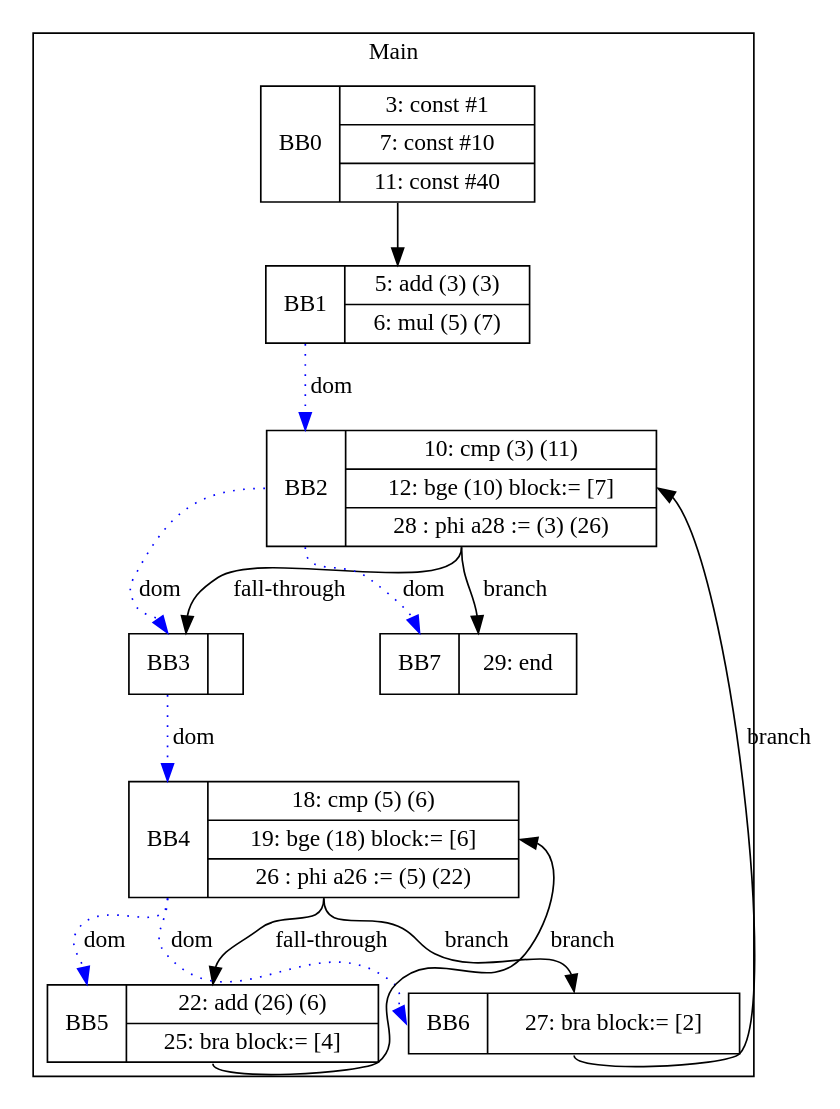
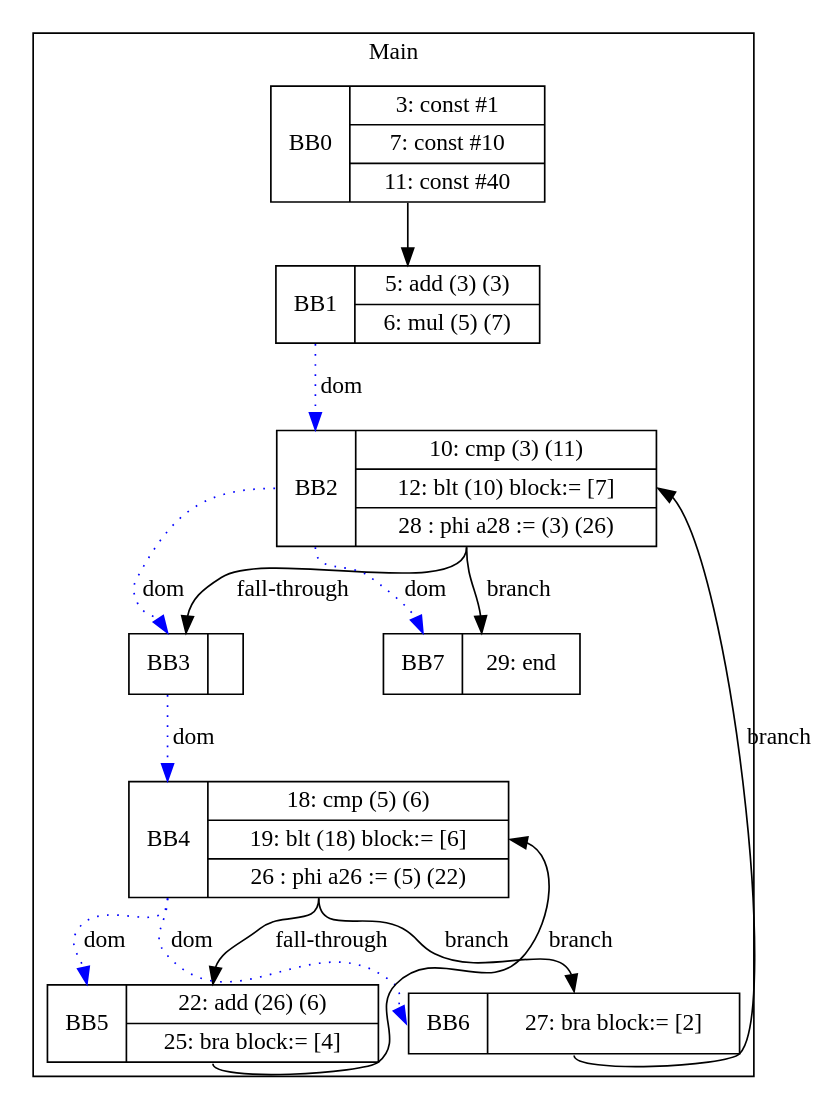
One commit to zjc664656505/UCI-CS241-Advanced-Compiler-main changed the diagram in visualization/Hongyu/while/test2.gv. Above: the diagram before and after it, drawn with Graphviz. The commit also changed 46 other files, not shown here.

```diff
--- a/visualization/Hongyu/while/test2.gv
+++ b/visualization/Hongyu/while/test2.gv
@@ -1,27 +1,27 @@
 digraph G {
 node [shape=record];
 subgraph cluster_main{
 label = "Main";
 BB0 [shape=record, label="<b>BB0|{3: const #1|7: const #10|11: const #40}"];
 BB1 [shape=record, label="<b>BB1|{5: add (3) (3)|6: mul (5) (7)}"];
-BB2 [shape=record, label="<b>BB2|{10: cmp (3) (11)|12: bge (10) block:= [7]|28 : phi a28 := (3) (26)}"];
+BB2 [shape=record, label="<b>BB2|{10: cmp (3) (11)|12: blt (10) block:= [7]|28 : phi a28 := (3) (26)}"];
 BB3 [shape=record, label="<b>BB3|}"];
-BB4 [shape=record, label="<b>BB4|{18: cmp (5) (6)|19: bge (18) block:= [6]|26 : phi a26 := (5) (22)}"];
+BB4 [shape=record, label="<b>BB4|{18: cmp (5) (6)|19: blt (18) block:= [6]|26 : phi a26 := (5) (22)}"];
 BB5 [shape=record, label="<b>BB5|{22: add (26) (6)|25: bra block:= [4]}"];
 BB6 [shape=record, label="<b>BB6|{27: bra block:= [2]}"];
 BB7 [shape=record, label="<b>BB7|{29: end}"];
 }
 BB0:s -> BB1:n ;
 BB1:b -> BB2:b [color=blue, style=dotted, label="dom"];
 BB3:b -> BB4:b [color=blue, style=dotted, label="dom"];
 BB2:b -> BB7:b [color=blue, style=dotted, label="dom"];
 BB4:b -> BB6:b [color=blue, style=dotted, label="dom"];
 BB2:b -> BB3:b [color=blue, style=dotted, label="dom"];
 BB4:b -> BB5:b [color=blue, style=dotted, label="dom"];
 BB4:s -> BB6:n [label="branch"];
 BB2:s -> BB7:n [label="branch"];
 BB6:s -> BB2:e [label="branch"];
 BB5:s -> BB4:e [label="branch"];
 BB2:s -> BB3:n [label="fall-through"];
 BB4:s -> BB5:n [label="fall-through"];
 }
```
